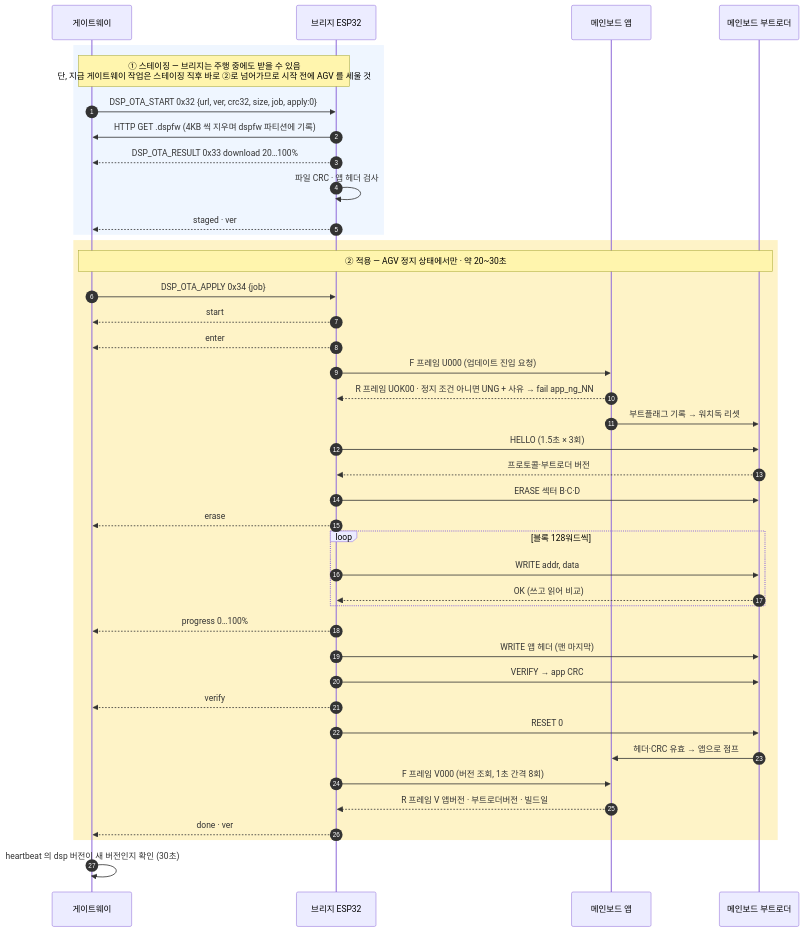
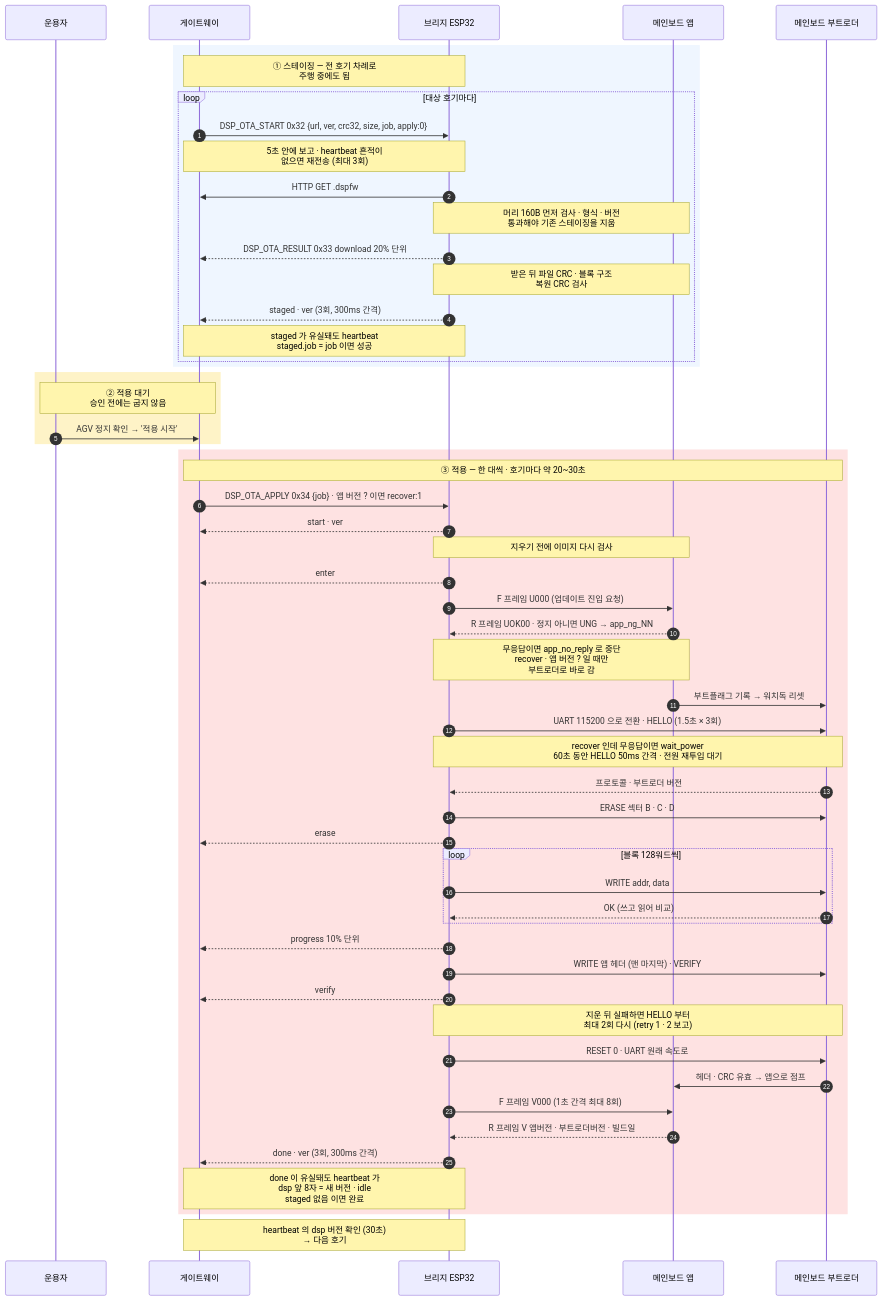
The diagram in docs/diagrams/mainboard-ota-seq.mmd (Leepy0/AGV_FOTA_GATEWAY), drawn with Mermaid before and after one commit. The commit also changed 34 other files, not shown here.

```diff
--- a/docs/diagrams/mainboard-ota-seq.mmd
+++ b/docs/diagrams/mainboard-ota-seq.mmd
@@ -1,41 +1,56 @@
+%%{init: {"sequence": {"mirrorActors": true, "width": 190, "actorMargin": 60}}}%%
 sequenceDiagram
   autonumber
+  participant OP as 운용자
   participant GW as 게이트웨이
   participant ESP as 브리지 ESP32
   participant APP as 메인보드 앱
   participant BL as 메인보드 부트로더
   rect rgb(239, 246, 255)
-  Note over GW,ESP: ① 스테이징 — 브리지는 주행 중에도 받을 수 있음<br/>단, 지금 게이트웨이 작업은 스테이징 직후 바로 ②로 넘어가므로 시작 전에 AGV 를 세울 것
-  GW->>ESP: DSP_OTA_START 0x32 {url, ver, crc32, size, job, apply:0}
-  ESP->>GW: HTTP GET .dspfw (4KB 씩 지우며 dspfw 파티션에 기록)
-  ESP-->>GW: DSP_OTA_RESULT 0x33 download 20…100%
-  ESP->>ESP: 파일 CRC · 앱 헤더 검사
-  ESP-->>GW: staged · ver
+  Note over GW,ESP: ① 스테이징 — 전 호기 차례로<br/>주행 중에도 됨
+  loop 대상 호기마다
+    GW->>ESP: DSP_OTA_START 0x32 {url, ver, crc32, size, job, apply:0}
+    Note over GW,ESP: 5초 안에 보고 · heartbeat 흔적이<br/>없으면 재전송 (최대 3회)
+    ESP->>GW: HTTP GET .dspfw
+    Note over ESP,APP: 머리 160B 먼저 검사 · 형식 · 버전<br/>통과해야 기존 스테이징을 지움
+    ESP-->>GW: DSP_OTA_RESULT 0x33 download 20% 단위
+    Note over ESP,APP: 받은 뒤 파일 CRC · 블록 구조<br/>복원 CRC 검사
+    ESP-->>GW: staged · ver (3회, 300ms 간격)
+    Note over GW,ESP: staged 가 유실돼도 heartbeat<br/>staged.job = job 이면 성공
+  end
   end
   rect rgb(254, 243, 199)
-  Note over GW,BL: ② 적용 — AGV 정지 상태에서만 · 약 20~30초
-  GW->>ESP: DSP_OTA_APPLY 0x34 {job}
-  ESP-->>GW: start
+  Note over OP,GW: ② 적용 대기<br/>승인 전에는 굽지 않음
+  OP->>GW: AGV 정지 확인 → '적용 시작'
+  end
+  rect rgb(254, 226, 226)
+  Note over GW,BL: ③ 적용 — 한 대씩 · 호기마다 약 20~30초
+  GW->>ESP: DSP_OTA_APPLY 0x34 {job} · 앱 버전 ? 이면 recover:1
+  ESP-->>GW: start · ver
+  Note over ESP,APP: 지우기 전에 이미지 다시 검사
   ESP-->>GW: enter
   ESP->>APP: F 프레임 U000 (업데이트 진입 요청)
-  APP-->>ESP: R 프레임 UOK00 · 정지 조건 아니면 UNG + 사유 → fail app_ng_NN
+  APP-->>ESP: R 프레임 UOK00 · 정지 아니면 UNG → app_ng_NN
+  Note over ESP,APP: 무응답이면 app_no_reply 로 중단<br/>recover · 앱 버전 ? 일 때만<br/>부트로더로 바로 감
   APP->>BL: 부트플래그 기록 → 워치독 리셋
-  ESP->>BL: HELLO (1.5초 × 3회)
-  BL-->>ESP: 프로토콜·부트로더 버전
-  ESP->>BL: ERASE 섹터 B·C·D
+  ESP->>BL: UART 115200 으로 전환 · HELLO (1.5초 × 3회)
+  Note over ESP,BL: recover 인데 무응답이면 wait_power<br/>60초 동안 HELLO 50ms 간격 · 전원 재투입 대기
+  BL-->>ESP: 프로토콜 · 부트로더 버전
+  ESP->>BL: ERASE 섹터 B · C · D
   ESP-->>GW: erase
   loop 블록 128워드씩
     ESP->>BL: WRITE addr, data
     BL-->>ESP: OK (쓰고 읽어 비교)
   end
-  ESP-->>GW: progress 0…100%
-  ESP->>BL: WRITE 앱 헤더 (맨 마지막)
-  ESP->>BL: VERIFY → app CRC
+  ESP-->>GW: progress 10% 단위
+  ESP->>BL: WRITE 앱 헤더 (맨 마지막) · VERIFY
   ESP-->>GW: verify
-  ESP->>BL: RESET 0
-  BL->>APP: 헤더·CRC 유효 → 앱으로 점프
-  ESP->>APP: F 프레임 V000 (버전 조회, 1초 간격 8회)
+  Note over ESP,BL: 지운 뒤 실패하면 HELLO 부터<br/>최대 2회 다시 (retry 1 · 2 보고)
+  ESP->>BL: RESET 0 · UART 원래 속도로
+  BL->>APP: 헤더 · CRC 유효 → 앱으로 점프
+  ESP->>APP: F 프레임 V000 (1초 간격 최대 8회)
   APP-->>ESP: R 프레임 V 앱버전 · 부트로더버전 · 빌드일
-  ESP-->>GW: done · ver
+  ESP-->>GW: done · ver (3회, 300ms 간격)
+  Note over GW,ESP: done 이 유실돼도 heartbeat 가<br/>dsp 앞 8자 = 새 버전 · idle<br/>staged 없음 이면 완료
   end
-  GW->>GW: heartbeat 의 dsp 버전이 새 버전인지 확인 (30초)
+  Note over GW,ESP: heartbeat 의 dsp 버전 확인 (30초)<br/>→ 다음 호기
```
